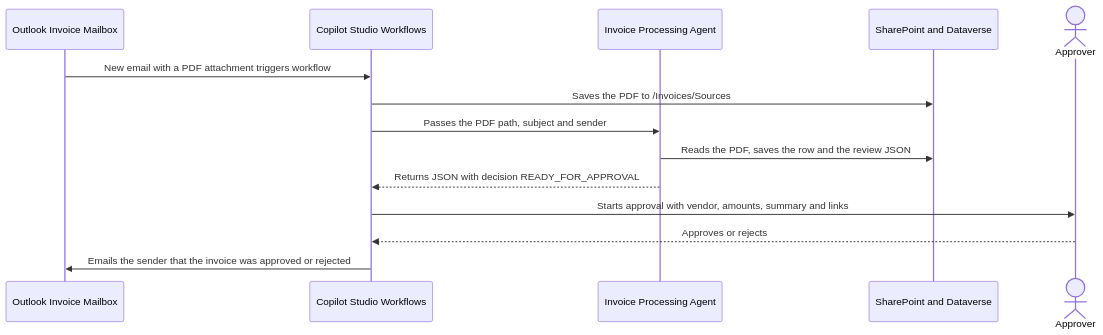
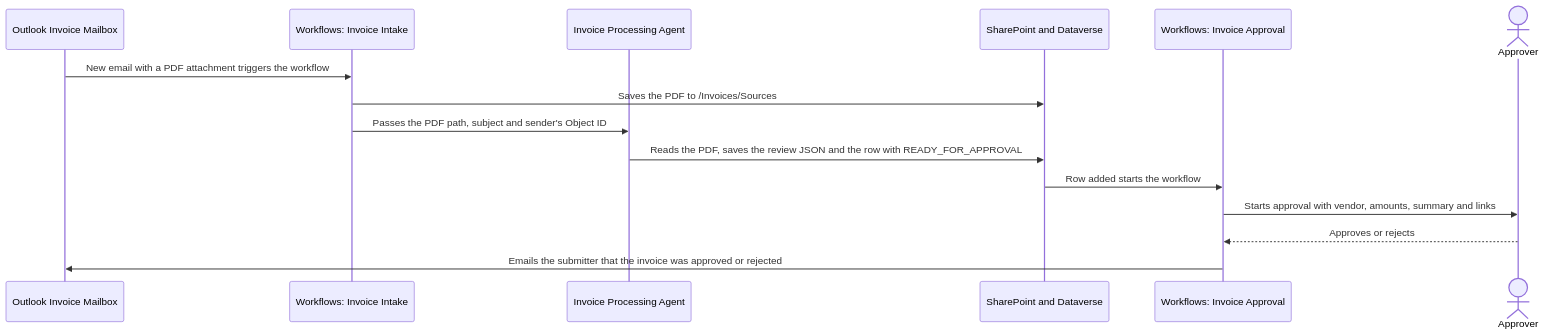
Before and after one commit to petepuu/ai-agent-runbooks: the second of 3 diagrams in 01-scenarios/Autonomous-Invoice-Orchestration-Agent-GHCP/2.Architecture.md, drawn with Mermaid. The commit also changed other lines of this file and 11 other files, not shown here.

First line of the commit message:
Split invoice workflow in two and add SubmittedBy Object ID

````diff
--- a/01-scenarios/Autonomous-Invoice-Orchestration-Agent-GHCP/2.Architecture.md
+++ b/01-scenarios/Autonomous-Invoice-Orchestration-Agent-GHCP/2.Architecture.md
@@ -101,16 +105,17 @@
 ```mermaid
 sequenceDiagram
     participant Mail as Outlook Invoice Mailbox
-    participant Flow as Copilot Studio Workflows
+    participant Intake as Workflows: Invoice Intake
     participant Agent as Invoice Processing Agent
     participant Store as SharePoint and Dataverse
+    participant Appr as Workflows: Invoice Approval
     actor Approver as Approver
-    Mail->>Flow: New email with a PDF attachment triggers workflow
-    Flow->>Store: Saves the PDF to /Invoices/Sources
-    Flow->>Agent: Passes the PDF path, subject and sender
-    Agent->>Store: Reads the PDF, saves the row and the review JSON
-    Agent-->>Flow: Returns JSON with decision READY_FOR_APPROVAL
-    Flow->>Approver: Starts approval with vendor, amounts, summary and links
-    Approver-->>Flow: Approves or rejects
-    Flow->>Mail: Emails the sender that the invoice was approved or rejected
+    Mail->>Intake: New email with a PDF attachment triggers the workflow
+    Intake->>Store: Saves the PDF to /Invoices/Sources
+    Intake->>Agent: Passes the PDF path, subject and sender's Object ID
+    Agent->>Store: Reads the PDF, saves the review JSON and the row with READY_FOR_APPROVAL
+    Store->>Appr: Row added starts the workflow
+    Appr->>Approver: Starts approval with vendor, amounts, summary and links
+    Approver-->>Appr: Approves or rejects
+    Appr->>Mail: Emails the submitter that the invoice was approved or rejected
 ```
````
